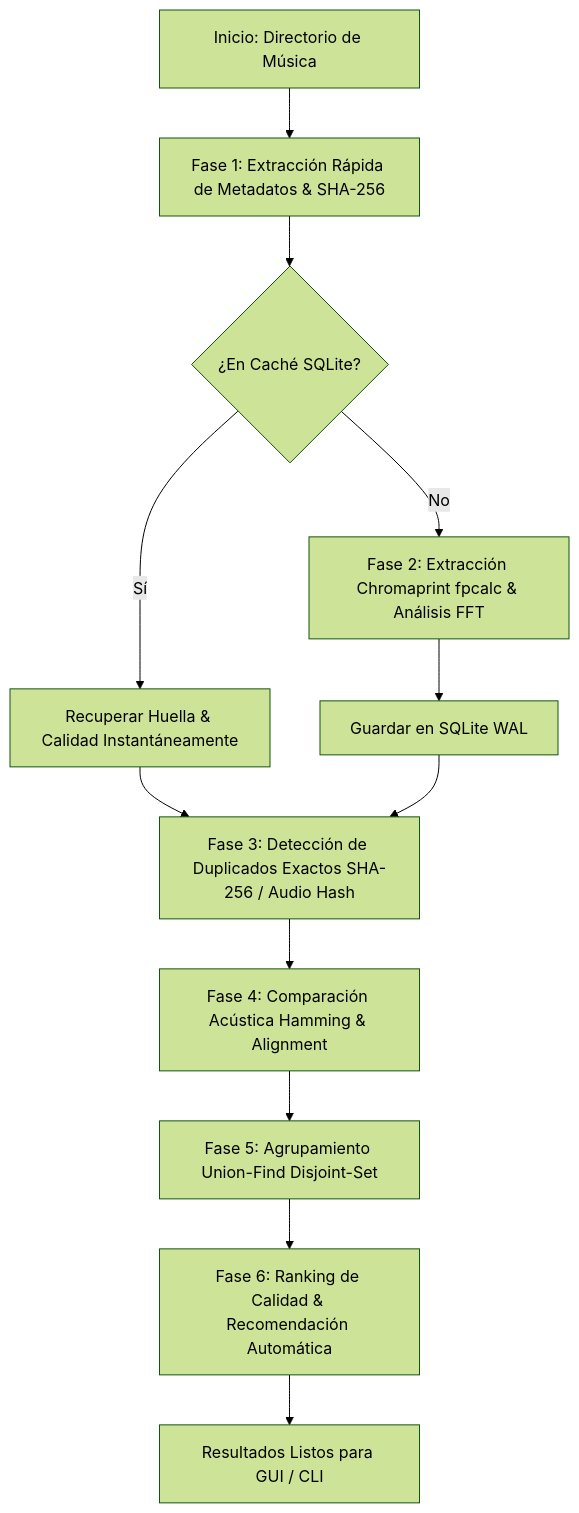
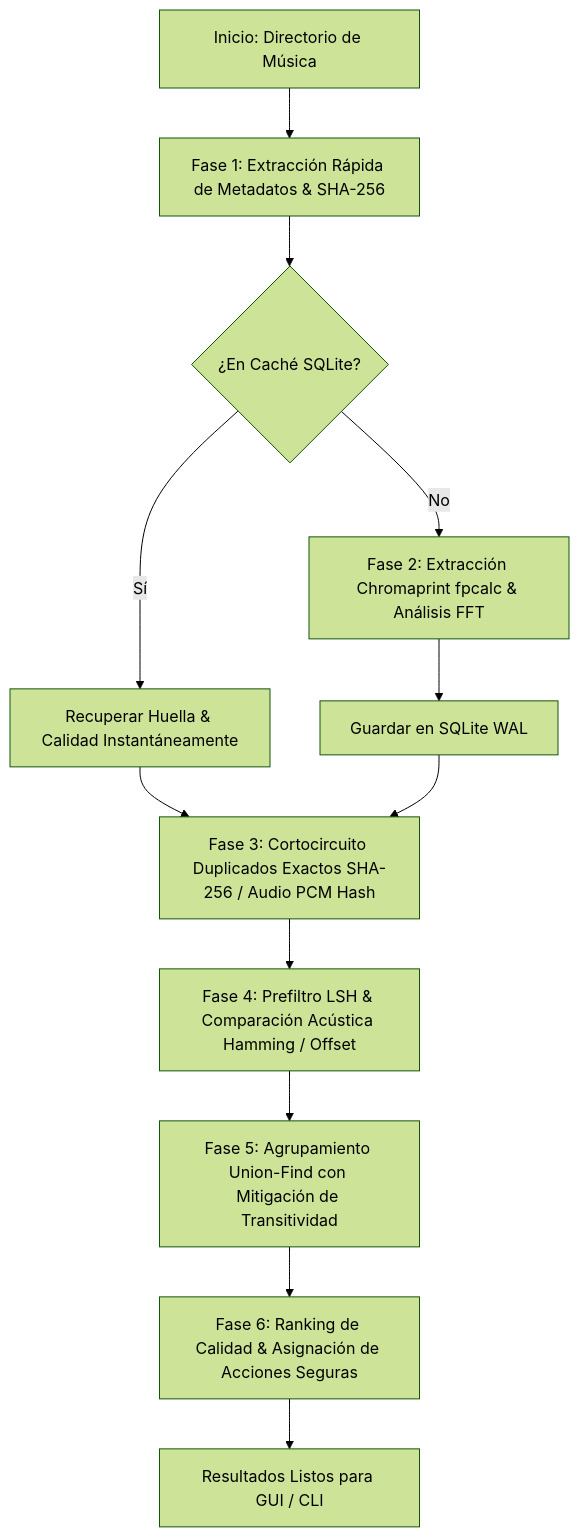
Before and after one commit to XxprogunxX/Detector-de-huellas-dactilares-ac-stico-y-duplicado-de-audio: the diagram in README.md, drawn with Mermaid (forest theme). The commit also changed other lines of this file, not shown here.

Commit message:
docs: actualizar README.md con arquitectura de Fase 5, mitigacion de transitividad y suites de prueba

````diff
--- a/README.md
+++ b/README.md
@@ -122,14 +124,14 @@
 ```mermaid
 flowchart TD
     A[Inicio: Directorio de Música] --> B[Fase 1: Extracción Rápida de Metadatos & SHA-256]
     B --> C{¿En Caché SQLite?}
     C -- Sí --> D[Recuperar Huella & Calidad Instantáneamente]
     C -- No --> E[Fase 2: Extracción Chromaprint fpcalc & Análisis FFT]
     E --> F[Guardar en SQLite WAL]
-    D --> G[Fase 3: Detección de Duplicados Exactos SHA-256 / Audio Hash]
+    D --> G[Fase 3: Cortocircuito Duplicados Exactos SHA-256 / Audio PCM Hash]
     F --> G
-    G --> H[Fase 4: Comparación Acústica Hamming & Alignment]
-    H --> I[Fase 5: Agrupamiento Union-Find Disjoint-Set]
-    I --> J[Fase 6: Ranking de Calidad & Recomendación Automática]
+    G --> H[Fase 4: Prefiltro LSH & Comparación Acústica Hamming / Offset]
+    H --> I[Fase 5: Agrupamiento Union-Find con Mitigación de Transitividad]
+    I --> J[Fase 6: Ranking de Calidad & Asignación de Acciones Seguras]
     J --> K[Resultados Listos para GUI / CLI]
 ```
````
